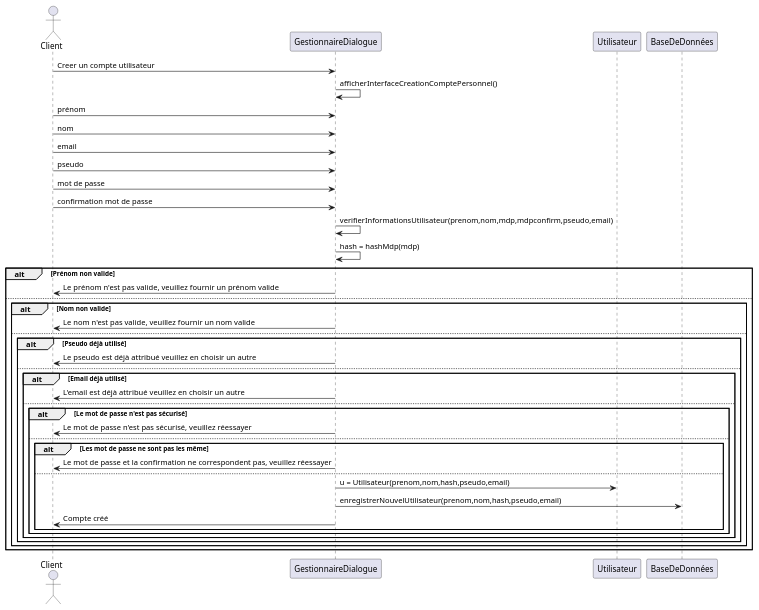
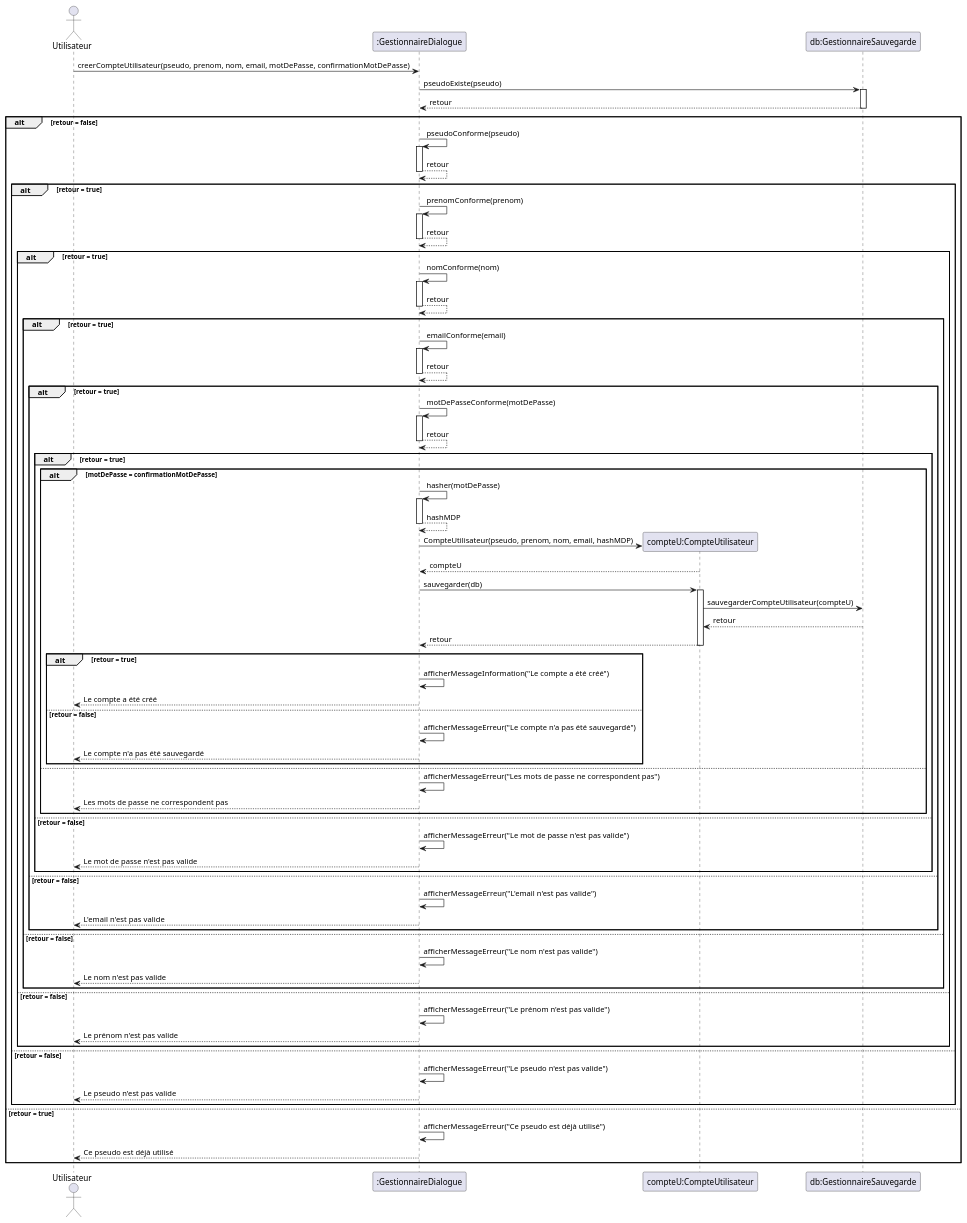
One commit to lmtb06/sharecount changed the diagram in diagrammes/conception/creer-compte-utilisateur.puml. Above: the diagram before and after it, drawn with PlantUML. The commit also changed 5 other files, not shown here.

Commit message:
-Mise à jour du diagramme de sequence de conception creer-compte-utilisateur

```diff
--- a/diagrammes/conception/creer-compte-utilisateur.puml
+++ b/diagrammes/conception/creer-compte-utilisateur.puml
@@ -1,44 +1,75 @@
 @startuml
-actor "Client" as user
-participant GestionnaireDialogue as sc
-participant Utilisateur as u
-participant BaseDeDonnées as bdd
+actor "Utilisateur" as user
+participant ":GestionnaireDialogue" as sc
+participant "compteU:CompteUtilisateur" as cu
+participant "db:GestionnaireSauvegarde" as gs
 
-user 	-> 	sc : Creer un compte utilisateur
-sc 	-> 	sc : afficherInterfaceCreationComptePersonnel()
-user 	-> 	sc : prénom
-user 	-> 	sc : nom
-user 	-> 	sc : email
-user 	-> 	sc : pseudo
-user 	-> 	sc : mot de passe
-user 	-> 	sc : confirmation mot de passe
-sc 	-> 	sc : verifierInformationsUtilisateur(prenom,nom,mdp,mdpconfirm,pseudo,email)
-sc 	-> 	sc : hash = hashMdp(mdp)
-alt Prénom non valide
-user 	<- 	sc : Le prénom n'est pas valide, veuillez fournir un prénom valide
+user 	-> 	sc : creerCompteUtilisateur(pseudo, prenom, nom, email, motDePasse, confirmationMotDePasse)
+' verification du pseudo
+sc 	-> gs ++: pseudoExiste(pseudo)
+gs --> sc --: retour
+alt retour = false
+sc 	-> 	sc ++: pseudoConforme(pseudo)
+sc 	--> 	sc --: retour
+alt retour = true
+' verification du prénom
+sc 	-> 	sc ++: prenomConforme(prenom)
+sc 	--> 	sc --: retour
+alt retour = true
+' verification du nom
+sc 	-> 	sc ++: nomConforme(nom)
+sc 	--> 	sc --: retour
+alt retour = true
+' verification de l'email
+sc 	-> 	sc ++: emailConforme(email)
+sc 	--> 	sc --: retour
+alt retour = true
+' verification du mot de passe
+sc 	-> 	sc ++: motDePasseConforme(motDePasse)
+sc 	--> 	sc --: retour
+alt retour = true
+alt motDePasse = confirmationMotDePasse
+sc -> sc ++: hasher(motDePasse)
+sc --> sc --: hashMDP
+sc -> cu **: CompteUtilisateur(pseudo, prenom, nom, email, hashMDP)
+cu --> sc --: compteU
+sc -> cu ++: sauvegarder(db)
+cu -> gs : sauvegarderCompteUtilisateur(compteU)
+gs --> cu : retour
+cu --> sc --: retour
+alt retour = true
+sc 	-> 	sc : afficherMessageInformation("Le compte a été créé")
+sc 	--> 	user : Le compte a été créé
+else retour = false
+sc 	-> 	sc : afficherMessageErreur("Le compte n'a pas été sauvegardé")
+sc 	--> 	user : Le compte n'a pas été sauvegardé
+end
 else
-alt Nom non valide
-user 	<- 	sc : Le nom n'est pas valide, veuillez fournir un nom valide
-else
-alt Pseudo déjà utilisé
-user 	<- 	sc : Le pseudo est déjà attribué veuillez en choisir un autre
-else
-alt Email déjà utilisé
-user 	<- 	sc : L'email est déjà attribué veuillez en choisir un autre
-else
-alt Le mot de passe n'est pas sécurisé
-user 	<- 	sc : Le mot de passe n'est pas sécurisé, veuillez réessayer
-else
-alt Les mot de passe ne sont pas les même
-user 	<- 	sc : Le mot de passe et la confirmation ne correspondent pas, veuillez réessayer
-else
-sc 	-> 	u : u = Utilisateur(prenom,nom,hash,pseudo,email)
-sc 	-> 	bdd : enregistrerNouvelUtilisateur(prenom,nom,hash,pseudo,email)
-user 	<- 	sc : Compte créé
+sc 	-> 	sc : afficherMessageErreur("Les mots de passe ne correspondent pas")
+sc 	--> 	user : Les mots de passe ne correspondent pas
 end
+else retour = false
+sc 	-> 	sc : afficherMessageErreur("Le mot de passe n'est pas valide")
+sc 	--> 	user : Le mot de passe n'est pas valide
 end
+else retour = false
+sc 	-> 	sc : afficherMessageErreur("L'email n'est pas valide")
+sc 	--> 	user : L'email n'est pas valide
 end
+else retour = false
+sc 	-> 	sc : afficherMessageErreur("Le nom n'est pas valide")
+sc 	--> 	user : Le nom n'est pas valide
 end
+else retour = false
+sc 	-> 	sc : afficherMessageErreur("Le prénom n'est pas valide")
+sc 	--> 	user : Le prénom n'est pas valide
 end
+else retour = false
+sc 	-> 	sc : afficherMessageErreur("Le pseudo n'est pas valide")
+sc 	--> 	user : Le pseudo n'est pas valide
+end
+else retour = true
+sc 	-> 	sc : afficherMessageErreur("Ce pseudo est déjà utilisé")
+sc 	--> 	user : Ce pseudo est déjà utilisé
 end
 @enduml
```
